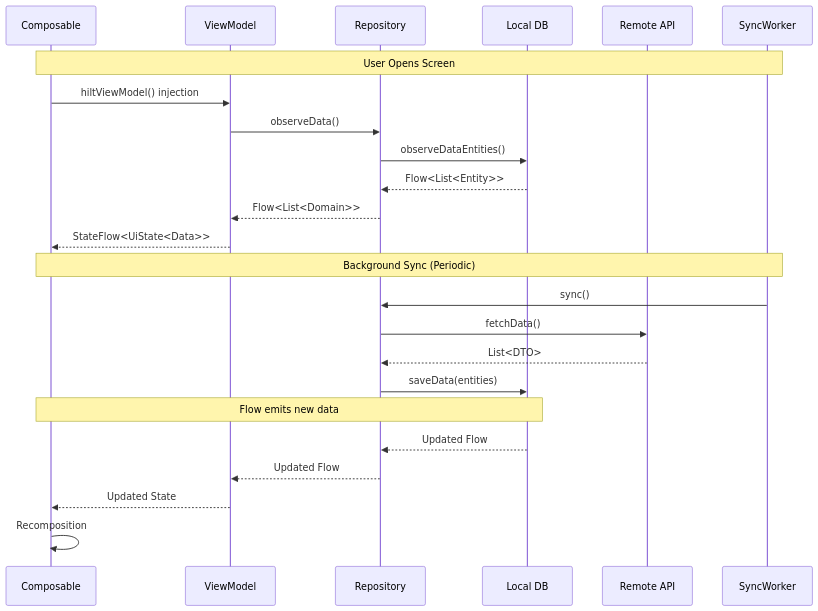
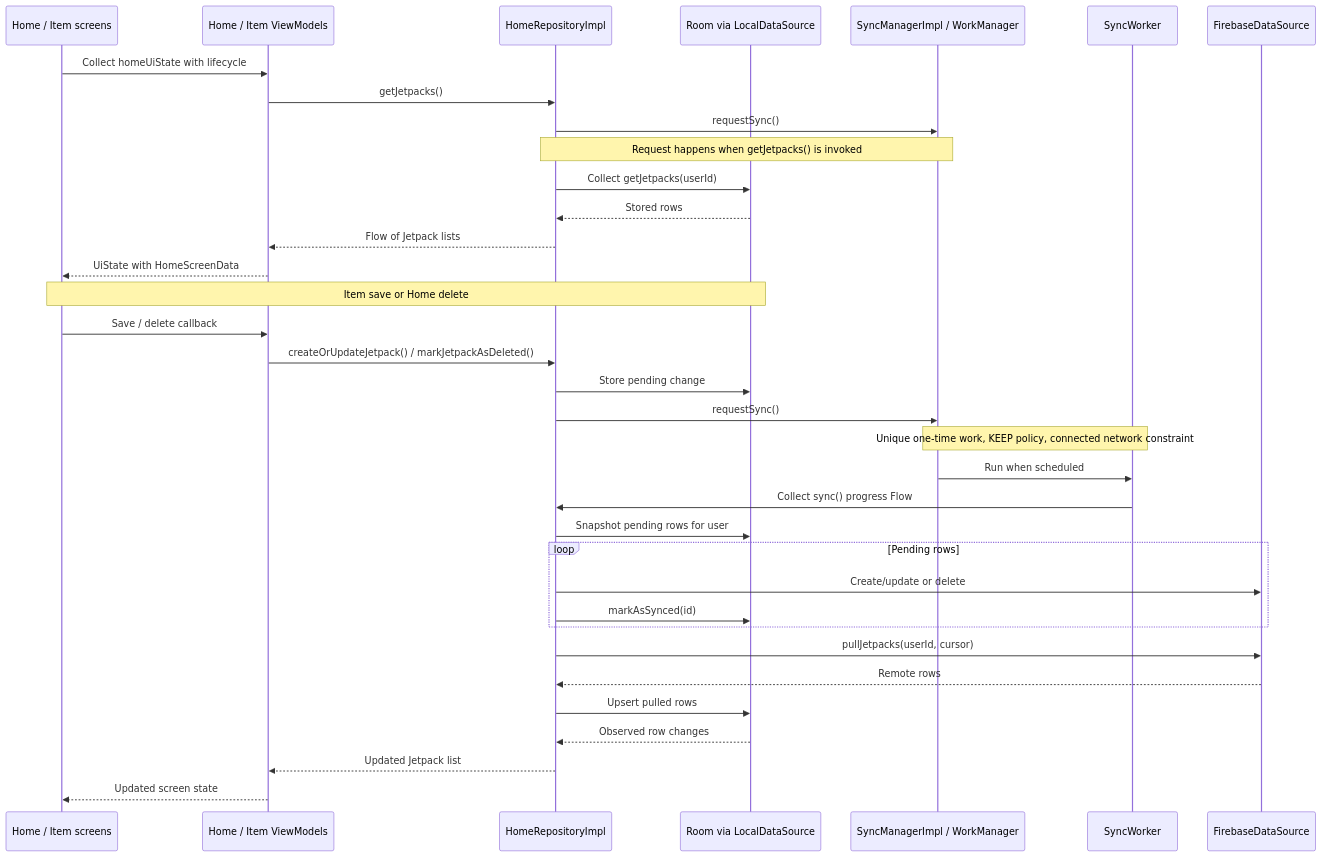
One commit to atick-faisal/Jetpack-Android-Starter changed the second of 2 diagrams in docs/architecture.md. Above: the diagram before and after it, drawn with Mermaid. The commit also changed other lines of this file and 1 other file, not shown here.

Commit message:
📝 docs(architecture): repair module map and data flow (DF-05)

````diff
--- a/docs/architecture.md
+++ b/docs/architecture.md
@@ -206,26 +143,37 @@
 ```mermaid
 sequenceDiagram
-    participant UI as Composable
-    participant VM as ViewModel
-    participant Repo as Repository
-    participant Local as Local DB
-    participant Remote as Remote API
-    participant Sync as SyncWorker
-    Note over UI, Sync: User Opens Screen
-    UI ->> VM: hiltViewModel() injection
-    VM ->> Repo: observeData()
-    Repo ->> Local: observeDataEntities()
-    Local -->> Repo: Flow<List<Entity>>
-    Repo -->> VM: Flow<List<Domain>>
-    VM -->> UI: StateFlow<UiState<Data>>
-    Note over UI, Sync: Background Sync (Periodic)
-    Sync ->> Repo: sync()
-    Repo ->> Remote: fetchData()
-    Remote -->> Repo: List<DTO>
-    Repo ->> Local: saveData(entities)
-    Note over Local, UI: Flow emits new data
-    Local -->> Repo: Updated Flow
-    Repo -->> VM: Updated Flow
-    VM -->> UI: Updated State
-    UI ->> UI: Recomposition
+    participant UI as Home / Item screens
+    participant VM as Home / Item ViewModels
+    participant Repo as HomeRepositoryImpl
+    participant Local as Room via LocalDataSource
+    participant Manager as SyncManagerImpl / WorkManager
+    participant Worker as SyncWorker
+    participant Remote as FirebaseDataSource
+    UI->>VM: Collect homeUiState with lifecycle
+    VM->>Repo: getJetpacks()
+    Repo->>Manager: requestSync()
+    Note over Repo,Manager: Request happens when getJetpacks() is invoked
+    Repo->>Local: Collect getJetpacks(userId)
+    Local-->>Repo: Stored rows
+    Repo-->>VM: Flow of Jetpack lists
+    VM-->>UI: UiState with HomeScreenData
+    Note over UI,Local: Item save or Home delete
+    UI->>VM: Save / delete callback
+    VM->>Repo: createOrUpdateJetpack() / markJetpackAsDeleted()
+    Repo->>Local: Store pending change
+    Repo->>Manager: requestSync()
+    Note over Manager,Worker: Unique one-time work, KEEP policy, connected network constraint
+    Manager->>Worker: Run when scheduled
+    Worker->>Repo: Collect sync() progress Flow
+    Repo->>Local: Snapshot pending rows for user
+    loop Pending rows
+        Repo->>Remote: Create/update or delete
+        Repo->>Local: markAsSynced(id)
+    end
+    Repo->>Remote: pullJetpacks(userId, cursor)
+    Remote-->>Repo: Remote rows
+    Repo->>Local: Upsert pulled rows
+    Local-->>Repo: Observed row changes
+    Repo-->>VM: Updated Jetpack list
+    VM-->>UI: Updated screen state
 ```
````
